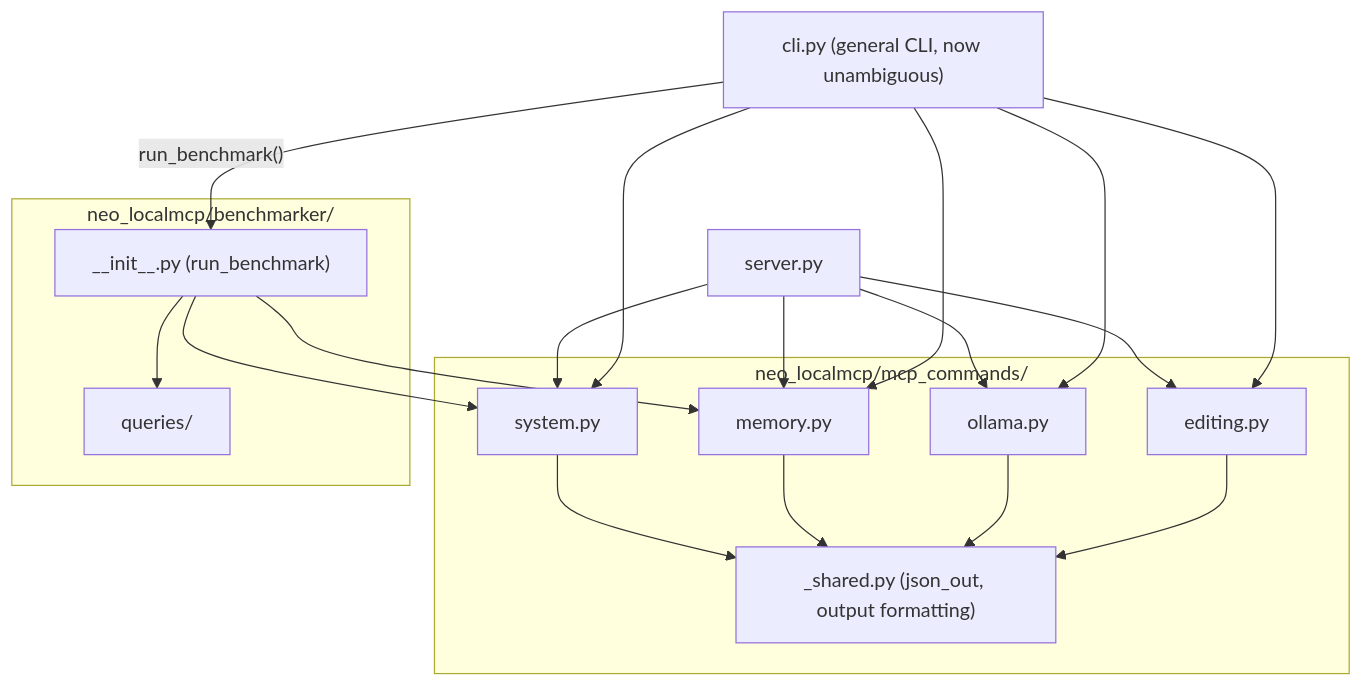
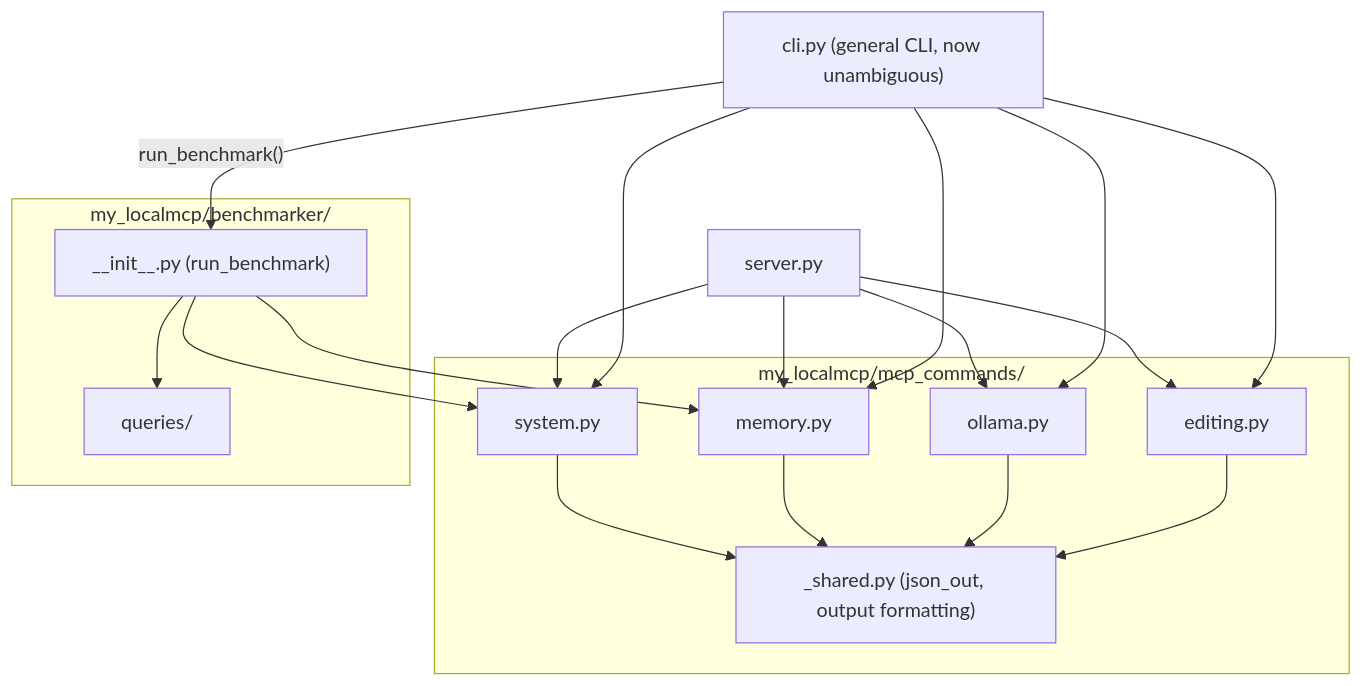
The fourth of 4 diagrams in docs/superpowers/specs/2026-07-06-installer-mcp-reorg-design.md (kartikeyajay2006/my-localmcp), drawn with Mermaid before and after one commit. The commit also changed other lines of this file and 209 other files, not shown here.

````diff
--- a/docs/superpowers/specs/2026-07-06-installer-mcp-reorg-design.md
+++ b/docs/superpowers/specs/2026-07-06-installer-mcp-reorg-design.md
@@ -251,33 +251,33 @@
 ```mermaid
 graph TD
     server_py["server.py"]
     cli_py["cli.py (general CLI, now unambiguous)"]
-    subgraph MCPCMDS["neo_localmcp/mcp_commands/"]
+    subgraph MCPCMDS["my_localmcp/mcp_commands/"]
         shared["_shared.py (json_out, output formatting)"]
         system_mod["system.py"]
         memory_mod["memory.py"]
         ollama_mod["ollama.py"]
         editing_mod["editing.py"]
     end
-    subgraph BENCH["neo_localmcp/benchmarker/"]
+    subgraph BENCH["my_localmcp/benchmarker/"]
         bench_runner["__init__.py (run_benchmark)"]
         bench_queries["queries/"]
     end
 
     server_py --> memory_mod
     server_py --> system_mod
     server_py --> editing_mod
     server_py --> ollama_mod
     cli_py --> system_mod
     cli_py --> memory_mod
     cli_py --> ollama_mod
     cli_py --> editing_mod
     cli_py -->|"run_benchmark()"| bench_runner
     system_mod --> shared
     memory_mod --> shared
     ollama_mod --> shared
     editing_mod --> shared
     bench_runner --> memory_mod
     bench_runner --> system_mod
     bench_runner --> bench_queries
 ```
````
